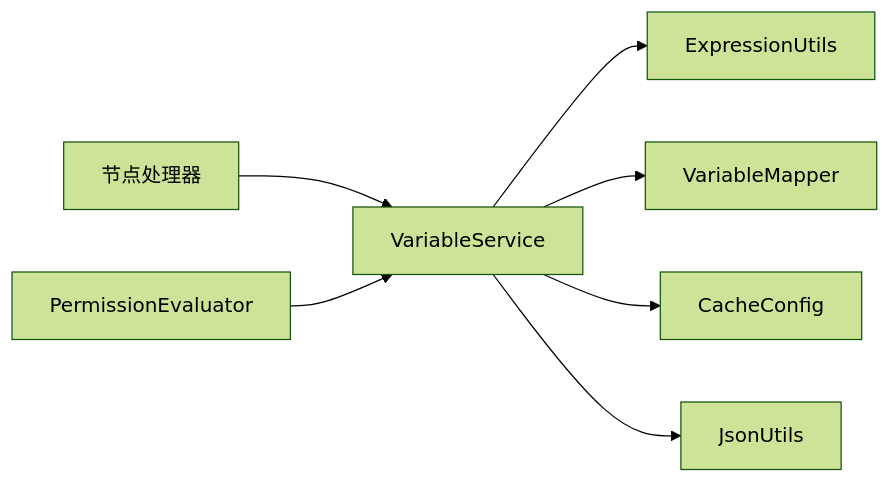
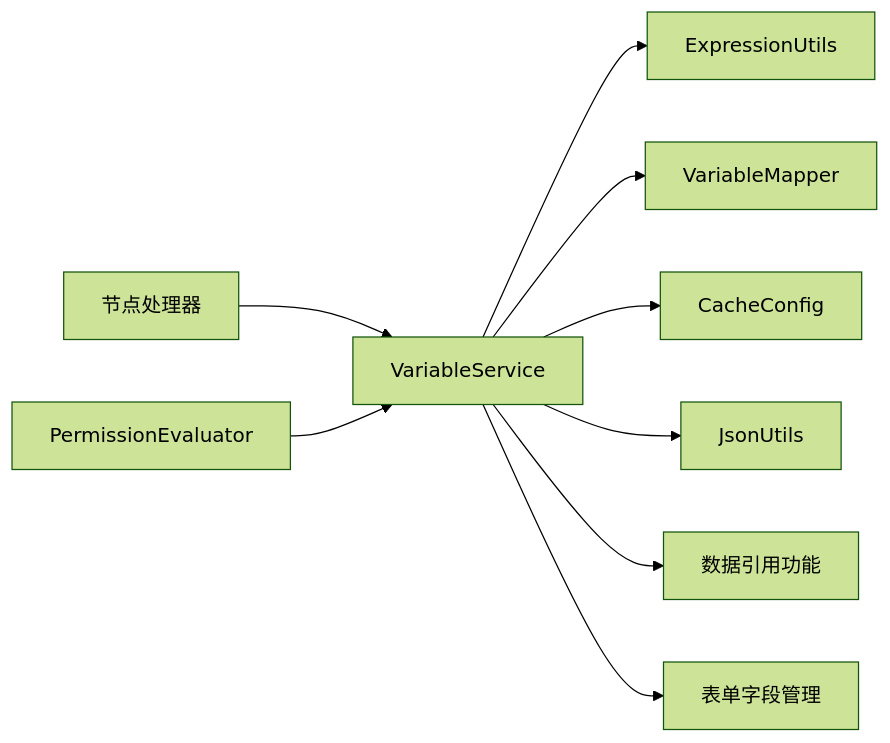
One commit to liming-lihaini/workflow changed diagram 12 of 12 in .qoder/repowiki/zh/content/流程执行引擎/变量管理系统.md. Above: the diagram before and after it, drawn with Mermaid (forest theme). The commit also changed other lines of this file and 18 other files, not shown here.

````diff
--- a/.qoder/repowiki/zh/content/流程执行引擎/变量管理系统.md
+++ b/.qoder/repowiki/zh/content/流程执行引擎/变量管理系统.md
@@ -449,9 +523,11 @@
 ```mermaid
 graph LR
 VS["VariableService"] --> EXP["ExpressionUtils"]
 VS --> MAP["VariableMapper"]
 VS --> CFG["CacheConfig"]
 VS --> JSON["JsonUtils"]
+VS --> DR["数据引用功能"]
+VS --> FM["表单字段管理"]
 NH["节点处理器"] --> VS
 PERM["PermissionEvaluator"] --> VS
 ```
````
